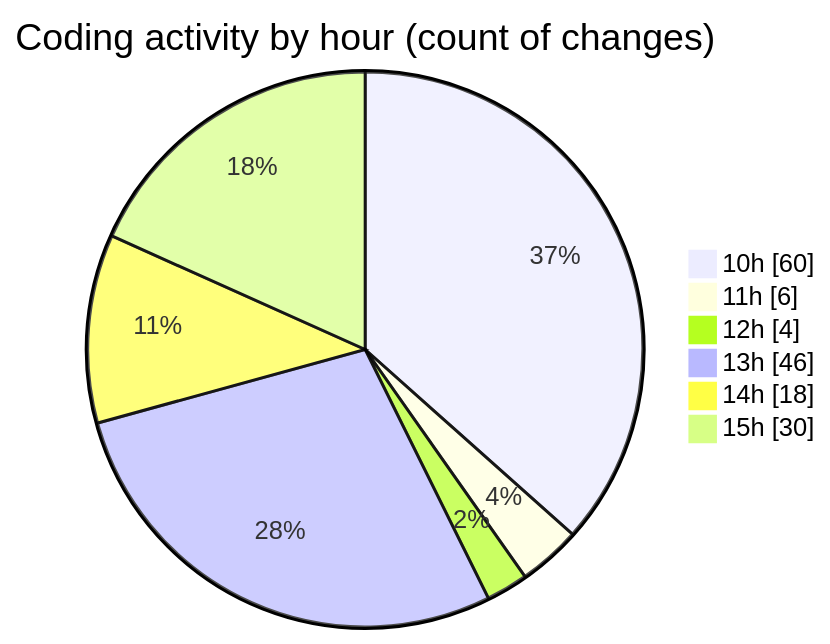
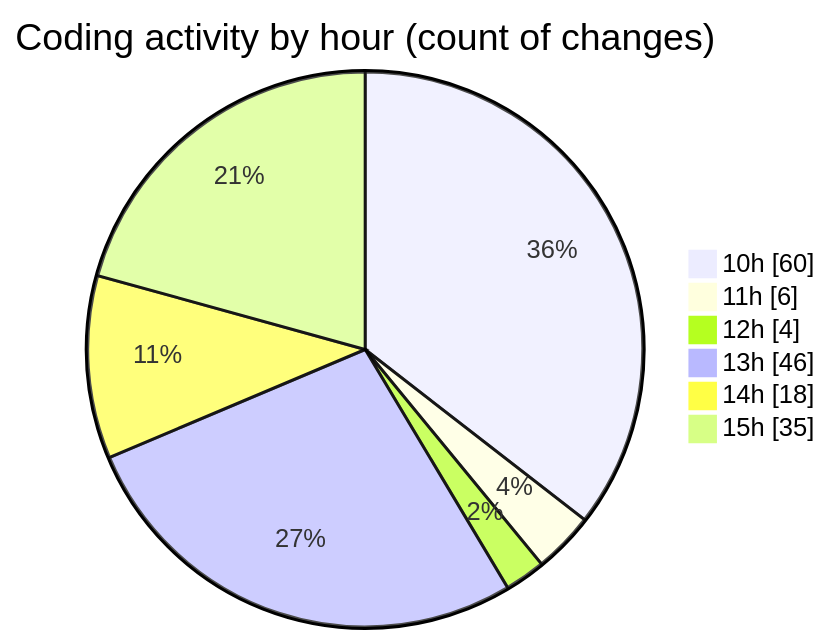
One commit to momahboobian/code-tracking changed the second of 2 diagrams in 2026-06-18/cda/README.md. Above: the diagram before and after it, drawn with Mermaid. The commit also changed other lines of this file and 1 other file, not shown here.

````diff
--- a/2026-06-18/cda/README.md
+++ b/2026-06-18/cda/README.md
@@ -78,10 +81,10 @@
 ```mermaid
 pie showData
 title Coding activity by hour (count of changes)
 "10h" : 60
 "11h" : 6
 "12h" : 4
 "13h" : 46
 "14h" : 18
-"15h" : 30
+"15h" : 35
 ```
````
